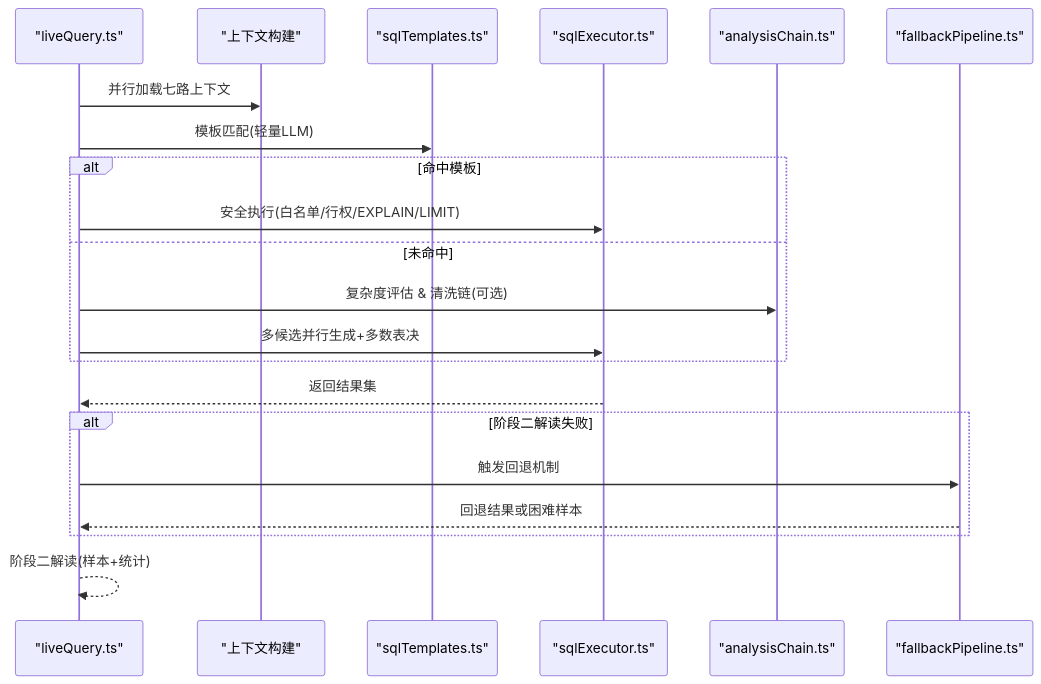
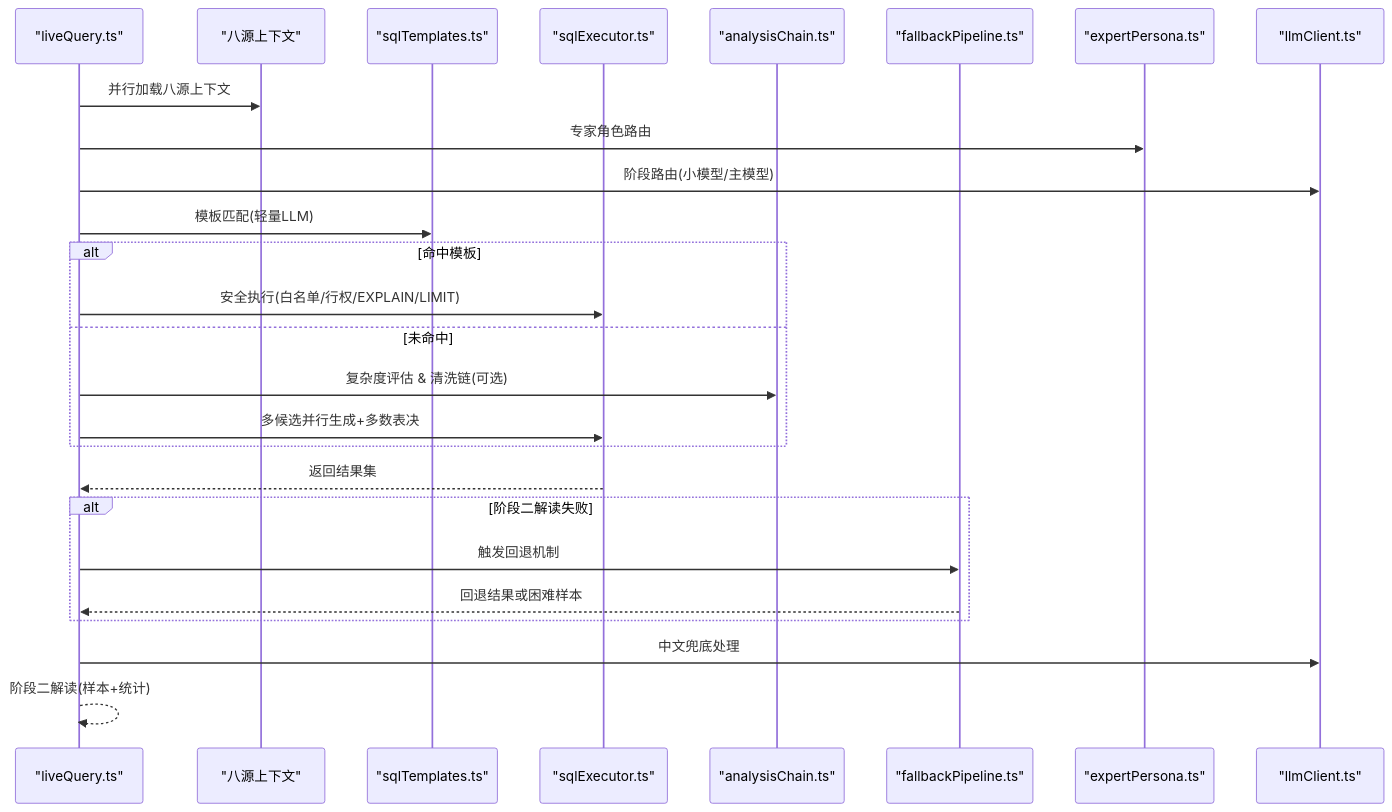
Before and after one commit to dgjin/smart-data-analytics: the ninth of 16 diagrams in .qoder/repowiki/zh/content/系统架构/核心组件详解/查询处理引擎/查询处理引擎.md, drawn with Mermaid. The commit also changed other lines of this file and 100 other files, not shown here.

````diff
--- a/.qoder/repowiki/zh/content/系统架构/核心组件详解/查询处理引擎/查询处理引擎.md
+++ b/.qoder/repowiki/zh/content/系统架构/核心组件详解/查询处理引擎/查询处理引擎.md
@@ -248,23 +425,28 @@
 ```mermaid
 sequenceDiagram
 participant Q as "liveQuery.ts"
-participant Ctx as "上下文构建"
+participant Ctx as "八源上下文"
 participant T as "sqlTemplates.ts"
 participant S as "sqlExecutor.ts"
 participant A as "analysisChain.ts"
 participant FB as "fallbackPipeline.ts"
-Q->>Ctx : 并行加载七路上下文
+participant EP as "expertPersona.ts"
+participant LR as "llmClient.ts"
+Q->>Ctx : 并行加载八源上下文
+Q->>EP : 专家角色路由
+Q->>LR : 阶段路由(小模型/主模型)
 Q->>T : 模板匹配(轻量LLM)
 alt 命中模板
 Q->>S : 安全执行(白名单/行权/EXPLAIN/LIMIT)
 else 未命中
 Q->>A : 复杂度评估 & 清洗链(可选)
 Q->>S : 多候选并行生成+多数表决
 end
 S-->>Q : 返回结果集
 alt 阶段二解读失败
 Q->>FB : 触发回退机制
 FB-->>Q : 回退结果或困难样本
 end
+Q->>LR : 中文兜底处理
 Q-->>Q : 阶段二解读(样本+统计)
 ```
````
